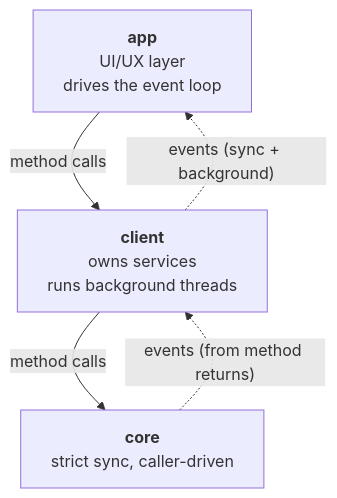
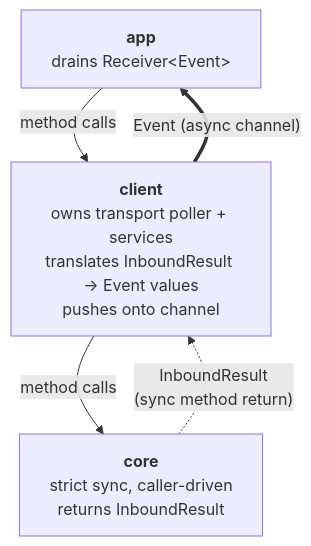
Before and after one commit to logos-messaging/libchat: the first of 2 diagrams in docs/adr/0001-client-event-system.md, drawn with Mermaid. The commit also changed other lines of this file and 21 other files, not shown here.

First line of the commit message:
feat: introduce client event system

````diff
--- a/docs/adr/0001-client-event-system.md
+++ b/docs/adr/0001-client-event-system.md
@@ -30,11 +26,11 @@
 ```mermaid
 flowchart TB
-    A["<b>app</b><br/>UI/UX layer<br/>drives the event loop"]
-    B["<b>client</b><br/>owns services<br/>runs background threads"]
-    C["<b>core</b><br/>strict sync, caller-driven"]
+    A["<b>app</b><br/>drains Receiver&lt;Event&gt;"]
+    B["<b>client</b><br/>owns transport poller + services<br/>translates InboundResult → Event values<br/>pushes onto channel"]
+    C["<b>core</b><br/>strict sync, caller-driven<br/>returns InboundResult"]
 
     A -- "method calls" --> B
     B -- "method calls" --> C
-    C -.->|"events (from method returns)"| B
-    B -.->|"events (sync + background)"| A
+    C -.->|"InboundResult<br/>(sync method return)"| B
+    B == "Event (async channel)" ==> A
 ```
````
